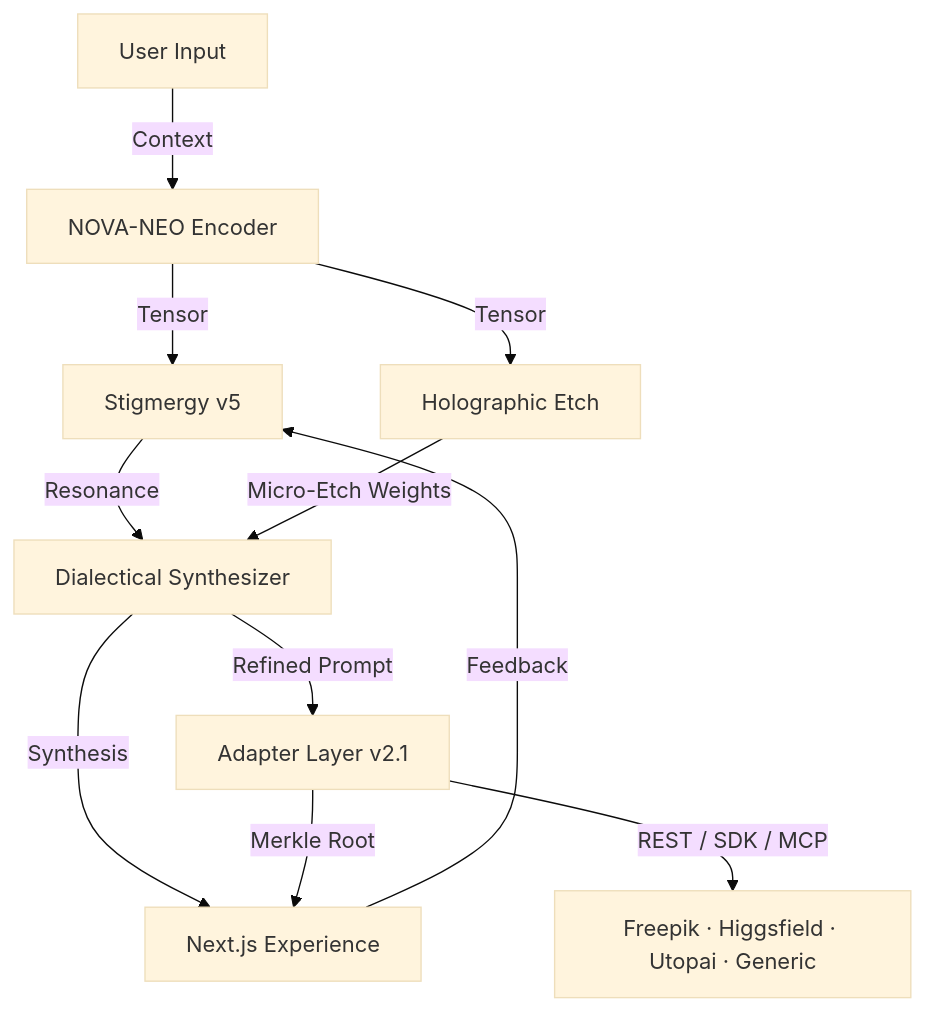
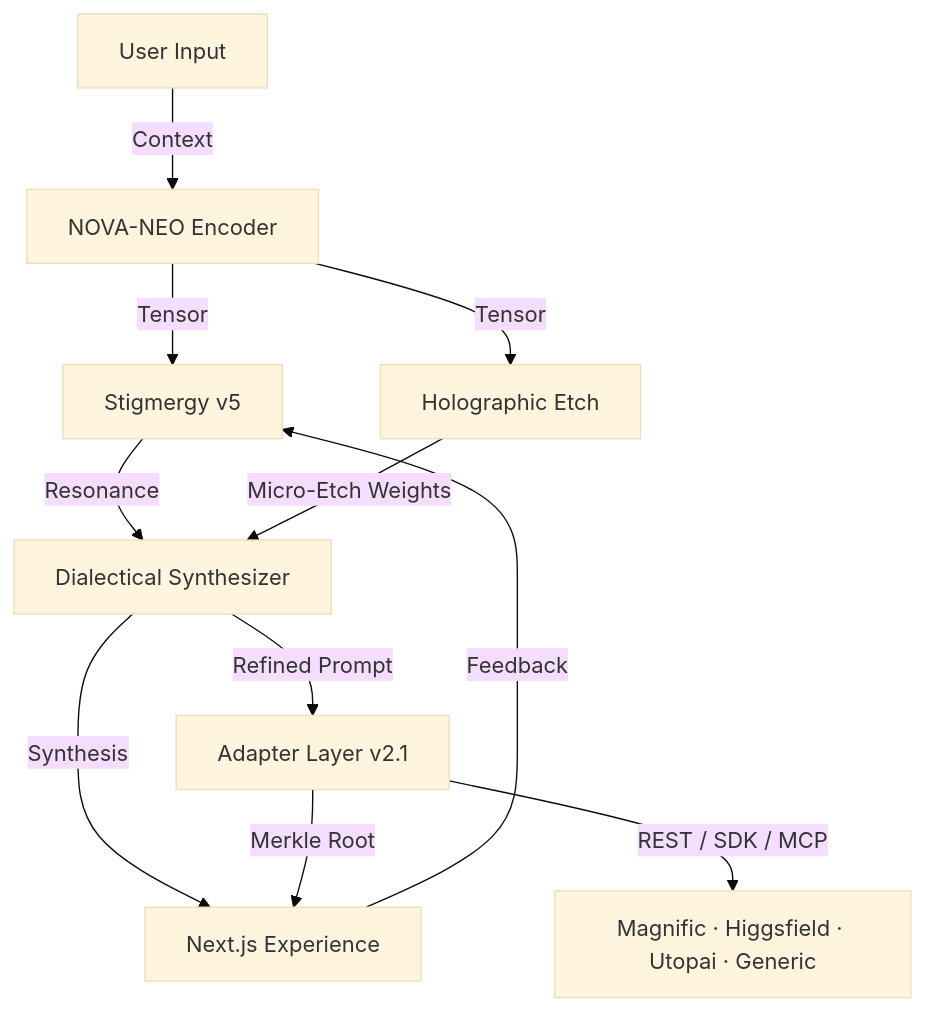
One commit to Kuonirad/MCOP-Framework-2.0 changed the diagram in README.md. Above: the diagram before and after it, drawn with Mermaid (base theme). The commit also changed other lines of this file and 14 other files, not shown here.

````diff
--- a/README.md
+++ b/README.md
@@ -28,13 +28,13 @@
 ```mermaid
 graph TD
     U[User Input] -->|Context| N[NOVA-NEO Encoder]
     N -->|Tensor| S[Stigmergy v5]
     N -->|Tensor| H[Holographic Etch]
     S -->|Resonance| D[Dialectical Synthesizer]
     H -->|Micro-Etch Weights| D
     D -->|Synthesis| UI[Next.js Experience]
     UI -->|Feedback| S
     D -->|Refined Prompt| A[Adapter Layer v2.1]
-    A -->|REST / SDK / MCP| P[Freepik · Higgsfield · Utopai · Generic]
+    A -->|REST / SDK / MCP| P[Magnific · Higgsfield · Utopai · Generic]
     A -->|Merkle Root| UI
 ```
````
